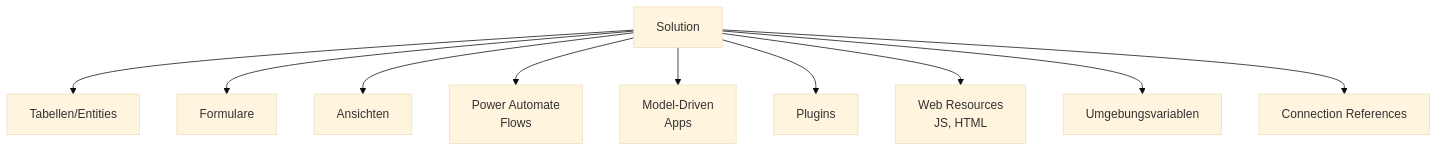
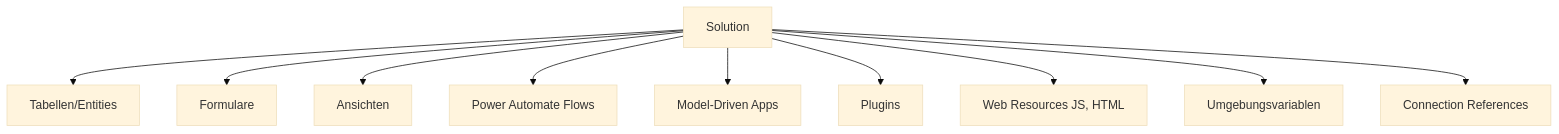
One commit to SoniiiT/notes-n-docs changed the second of 6 diagrams in Microsoft 365/Dynamics 365/Dynamics 365 Administration.md. Above: the diagram before and after it, drawn with Mermaid (base theme). The commit also changed other lines of this file and 124 other files, not shown here.

First line of the commit message:
fix: Entferne \n aus allen Mermaid-Diagrammen (125 Dateien)

````diff
--- a/Microsoft 365/Dynamics 365/Dynamics 365 Administration.md
+++ b/Microsoft 365/Dynamics 365/Dynamics 365 Administration.md
@@ -191,12 +191,12 @@
 ```mermaid
 graph TD
     SOL[Solution] --> ENT[Tabellen/Entities]
     SOL --> FORMS[Formulare]
     SOL --> VIEWS[Ansichten]
-    SOL --> FLOWS[Power Automate\nFlows]
-    SOL --> APPS[Model-Driven\nApps]
+    SOL --> FLOWS[Power Automate Flows]
+    SOL --> APPS[Model-Driven Apps]
     SOL --> PLUG[Plugins]
-    SOL --> WEB[Web Resources\nJS, HTML]
+    SOL --> WEB[Web Resources JS, HTML]
     SOL --> ENV_VAR[Umgebungsvariablen]
     SOL --> CON_REF[Connection References]
 ```
````
